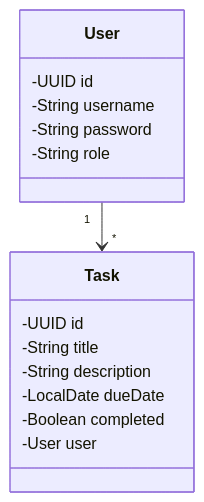
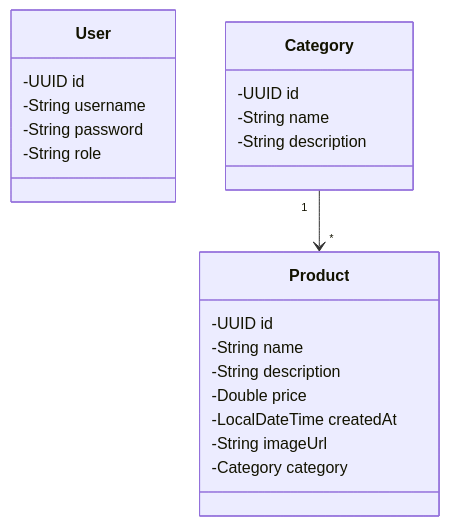
One commit to samanthamaiaduarte/product-catalog changed the first of 2 diagrams in README.md. Above: the diagram before and after it, drawn with Mermaid. The commit also changed other lines of this file, not shown here.

````diff
--- a/README.md
+++ b/README.md
@@ -24,18 +25,24 @@
 ``` mermaid
 classDiagram
 class User {
 -UUID id
 -String username
 -String password
 -String role
 }
-class Task {
+class Category {
 -UUID id
--String title
+-String name
 -String description
--LocalDate dueDate
--Boolean completed
--User user
 }
-User "1"--> "*" Task
+class Product {
+-UUID id
+-String name
+-String description
+-Double price
+-LocalDateTime createdAt
+-String imageUrl
+-Category category
+}
+Category "1"--> "*" Product
 ```
````
